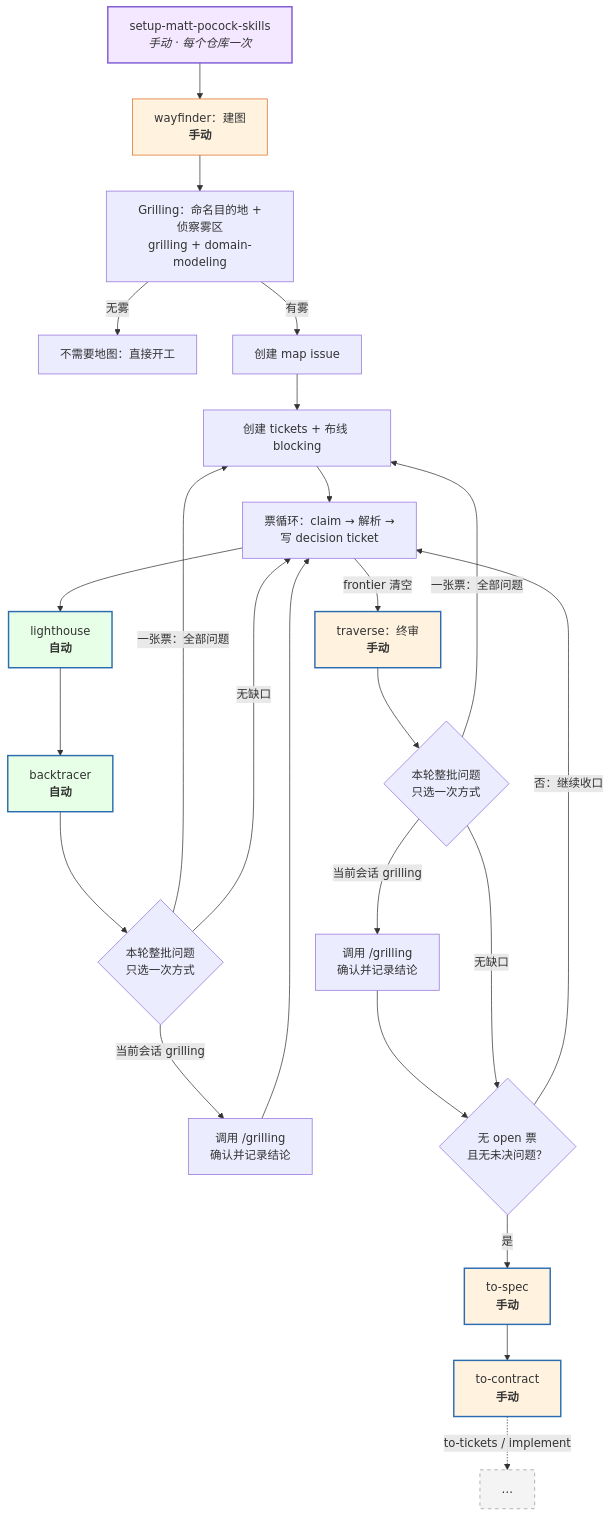
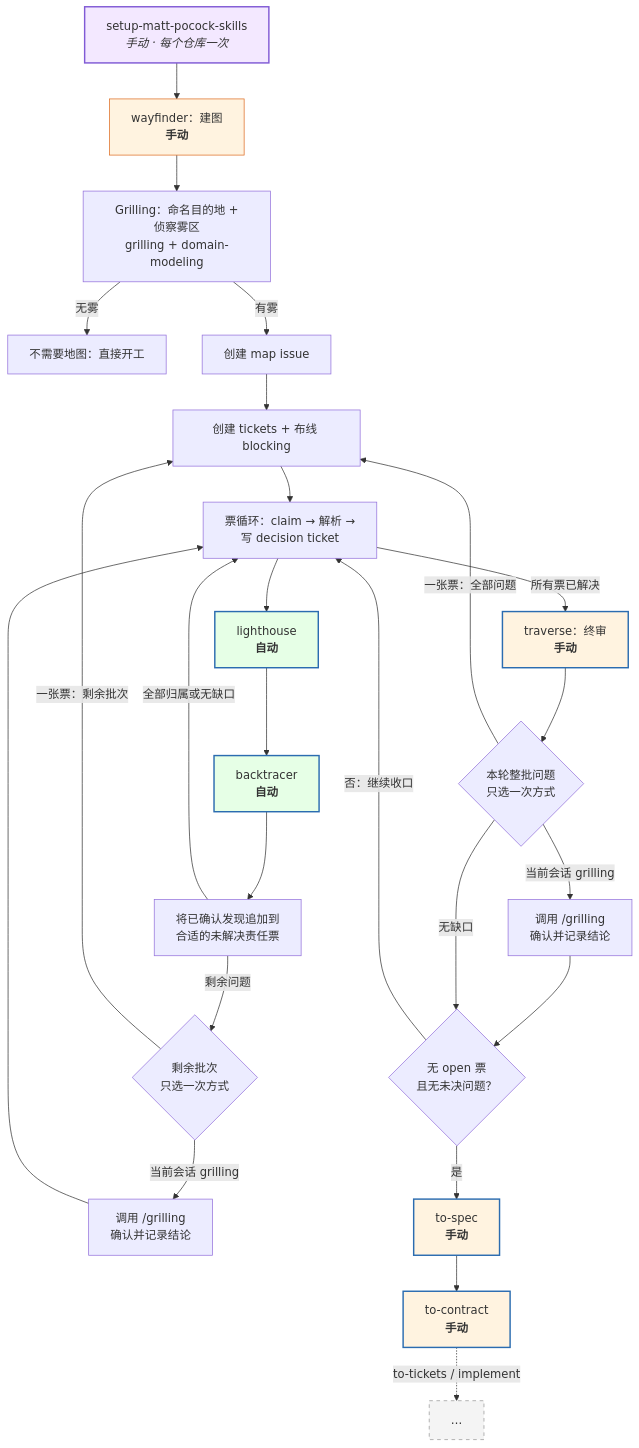
The first of 2 diagrams in README.cn.md (hugosol/oh-my-wayfinder), drawn with Mermaid before and after one commit. The commit also changed other lines of this file and 6 other files, not shown here.

````diff
--- a/README.cn.md
+++ b/README.cn.md
@@ -61,35 +61,36 @@
 ```mermaid
 flowchart TD
     S["setup-matt-pocock-skills<br/><i>手动 · 每个仓库一次</i>"] --> W["wayfinder：建图<br/><b>手动</b>"]
     W --> G["Grilling：命名目的地 +<br/>侦察雾区<br/>grilling + domain-modeling"]
     G -->|"无雾"| N["不需要地图：直接开工"]
     G -->|"有雾"| M["创建 map issue"]
     M --> T["创建 tickets + 布线 blocking"]
     T --> L["票循环：claim → 解析 →<br/>写 decision ticket"]
     L --> LH["lighthouse<br/><b>自动</b>"]
     LH --> BT["backtracer<br/><b>自动</b>"]
-    BT --> CG{"本轮整批问题<br/>只选一次方式"}
-    CG -->|"一张票：全部问题"| T
+    BT --> OWN["将已确认发现追加到<br/>合适的未解决责任票"]
+    OWN -->|"剩余问题"| CG{"剩余批次<br/>只选一次方式"}
+    OWN -->|"全部归属或无缺口"| L
+    CG -->|"一张票：剩余批次"| T
     CG -->|"当前会话 grilling"| BG["调用 /grilling<br/>确认并记录结论"]
     BG --> L
-    CG -->|"无缺口"| L
-    L -->|"frontier 清空"| TR["traverse：终审<br/><b>手动</b>"]
+    L -->|"所有票已解决"| TR["traverse：终审<br/><b>手动</b>"]
     TR --> CG2{"本轮整批问题<br/>只选一次方式"}
     CG2 -->|"一张票：全部问题"| T
     CG2 -->|"当前会话 grilling"| TG["调用 /grilling<br/>确认并记录结论"]
     TG --> R{"无 open 票<br/>且无未决问题？"}
     R -->|"是"| TS["to-spec<br/><b>手动</b>"]
     R -->|"否：继续收口"| L
     CG2 -->|"无缺口"| R
     TS --> TC["to-contract<br/><b>手动</b>"]
     TC -.->|"to-tickets / implement"| X["…"]
 
     style LH fill:#e6ffe6,stroke:#2b6cb0,stroke-width:2px
     style BT fill:#e6ffe6,stroke:#2b6cb0,stroke-width:2px
     style TR fill:#fff3e0,stroke:#2b6cb0,stroke-width:2px
     style W fill:#fff3e0,stroke:#dd6b20
     style S fill:#f3e8ff,stroke:#805ad5,stroke-width:2px
     style TS fill:#fff3e0,stroke:#2b6cb0,stroke-width:2px
     style TC fill:#fff3e0,stroke:#2b6cb0,stroke-width:2px
     style X fill:#f4f4f4,stroke:#999,stroke-dasharray:5 5
 ```
````
